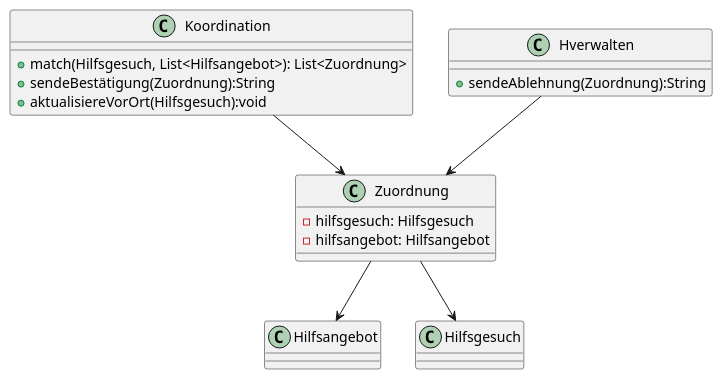
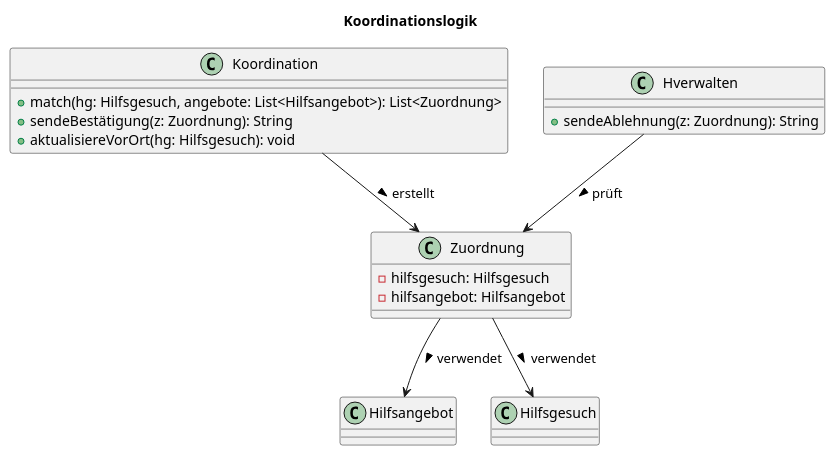
Before and after one commit to merostax/FreiwilligenKoordination: the diagram in logik.puml, drawn with PlantUML.

Commit message:
add Logik verbesserung

```diff
--- a/logik.puml
+++ b/logik.puml
@@ -1,25 +1,28 @@
 @startuml
-'Logik'
+title Koordinationslogik
+
+'cla
 class Koordination {
-  + match(Hilfsgesuch, List<Hilfsangebot>): List<Zuordnung>
-  + sendeBestätigung(Zuordnung):String
-  + aktualisiereVorOrt(Hilfsgesuch):void
+  + match(hg: Hilfsgesuch, angebote: List<Hilfsangebot>): List<Zuordnung>
+  + sendeBestätigung(z: Zuordnung): String
+  + aktualisiereVorOrt(hg: Hilfsgesuch): void
+}
 
-}
-class Hverwalten{
-+ sendeAblehnung(Zuordnung):String
+
+class Hverwalten {
+  + sendeAblehnung(z: Zuordnung): String
 }
 
 class Zuordnung {
   - hilfsgesuch: Hilfsgesuch
   - hilfsangebot: Hilfsangebot
 }
 
 
 
-Koordination --> Zuordnung
-Hverwalten --> Zuordnung
-Zuordnung --> Hilfsangebot
-Zuordnung --> Hilfsgesuch
 
+Koordination --> Zuordnung : erstellt >
+Hverwalten --> Zuordnung : prüft >
+Zuordnung --> Hilfsangebot : verwendet >
+Zuordnung --> Hilfsgesuch : verwendet >
 @enduml
```
